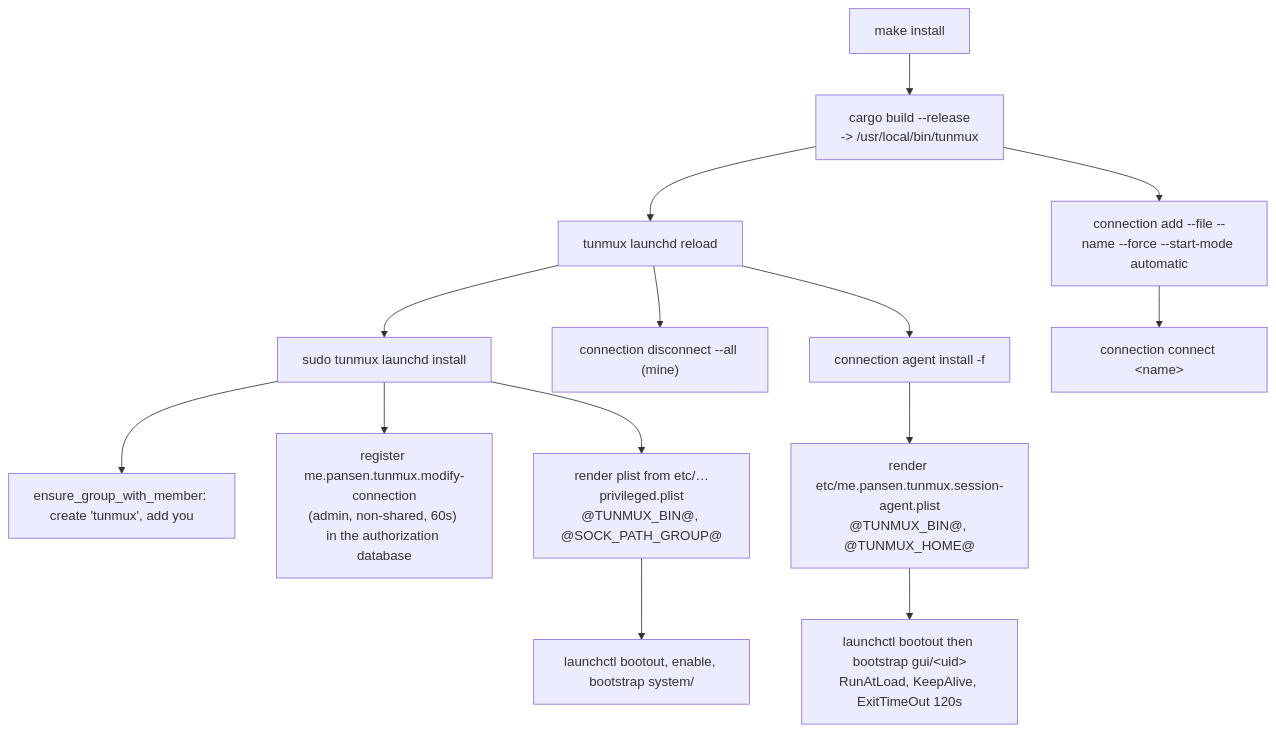
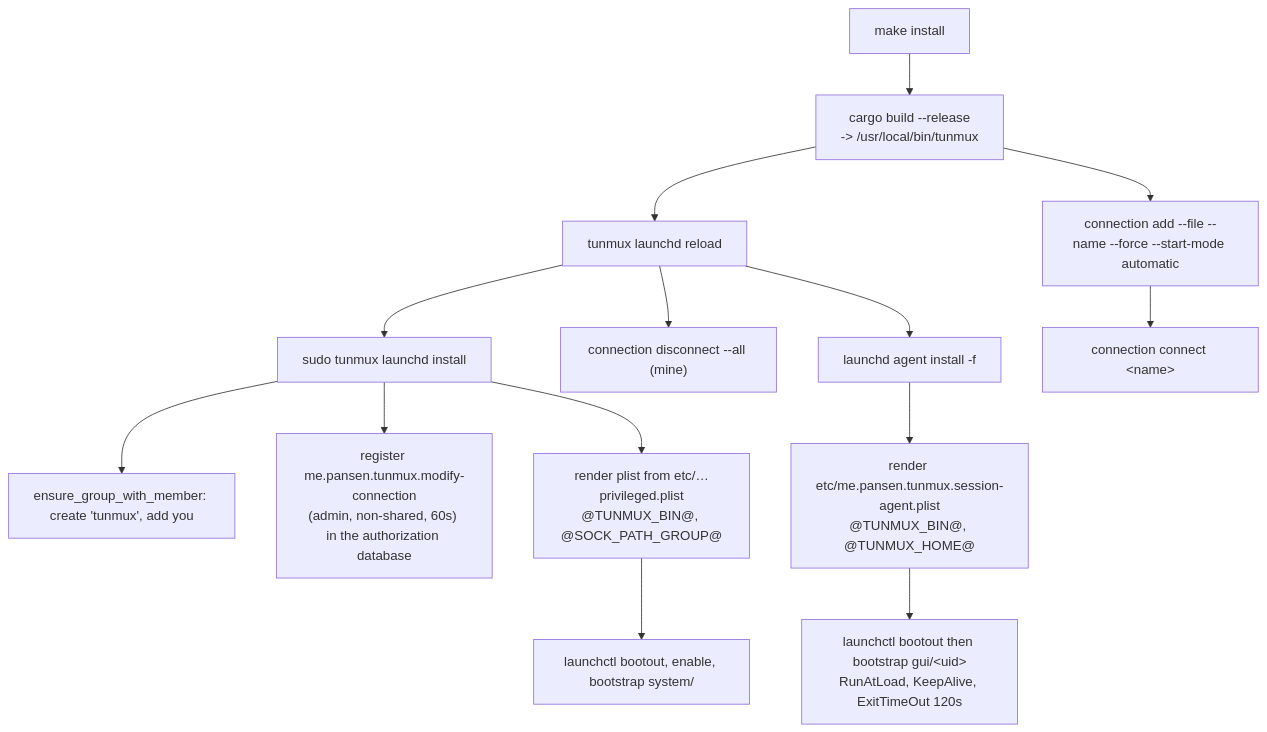
Before and after one commit to pansen/macos-wireguard-daemon: diagram 11 of 11 in doc/architecture.md, drawn with Mermaid. The commit also changed other lines of this file and 7 other files, not shown here.

First line of the commit message:
Move session agent subcommands under launchd

````diff
--- a/doc/architecture.md
+++ b/doc/architecture.md
@@ -618,18 +618,18 @@
 ```mermaid
 flowchart TB
     MAKE["make install"] --> BUILD["cargo build --release<br/>-> /usr/local/bin/tunmux"]
     BUILD --> RELOAD["tunmux launchd reload"]
     RELOAD --> LI["sudo tunmux launchd install"]
     RELOAD --> DISC["connection disconnect --all (mine)"]
-    RELOAD --> AI["connection agent install -f"]
+    RELOAD --> AI["launchd agent install -f"]
     BUILD --> ADD["connection add --file --name --force --start-mode automatic"]
     ADD --> CONNECT["connection connect &lt;name&gt;"]
 
     LI --> GRP["ensure_group_with_member: create 'tunmux', add you"]
     LI --> RIGHT["register me.pansen.tunmux.modify-connection<br/>(admin, non-shared, 60s) in the authorization database"]
     LI --> PL["render plist from etc/…privileged.plist<br/>@TUNMUX_BIN@, @SOCK_PATH_GROUP@"]
     PL --> BOOT["launchctl bootout, enable, bootstrap system/"]
 
     AI --> APL["render etc/me.pansen.tunmux.session-agent.plist<br/>@TUNMUX_BIN@, @TUNMUX_HOME@"]
     APL --> ABOOT["launchctl bootout then bootstrap gui/&lt;uid&gt;<br/>RunAtLoad, KeepAlive, ExitTimeOut 120s"]
 ```
````
